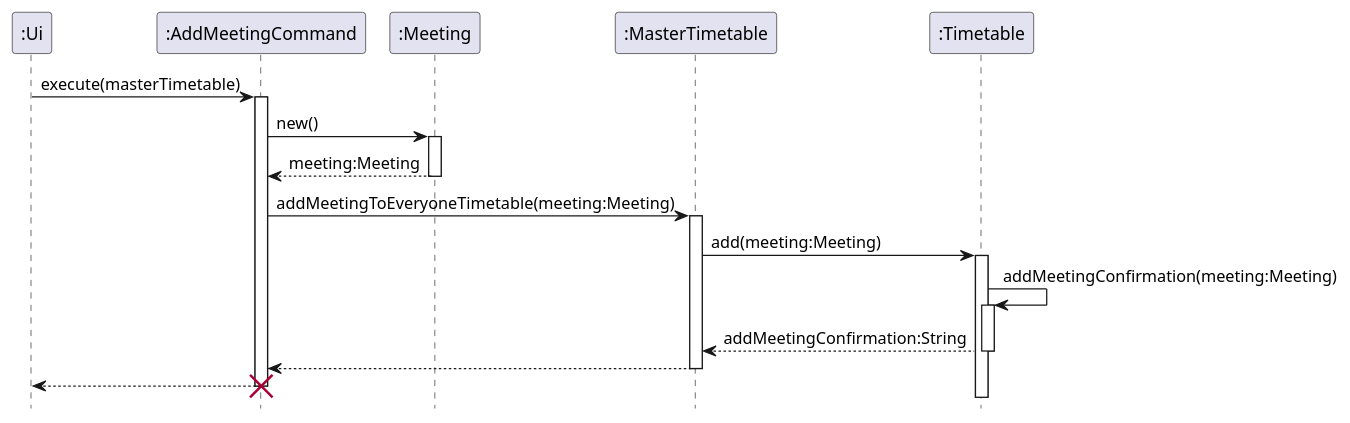
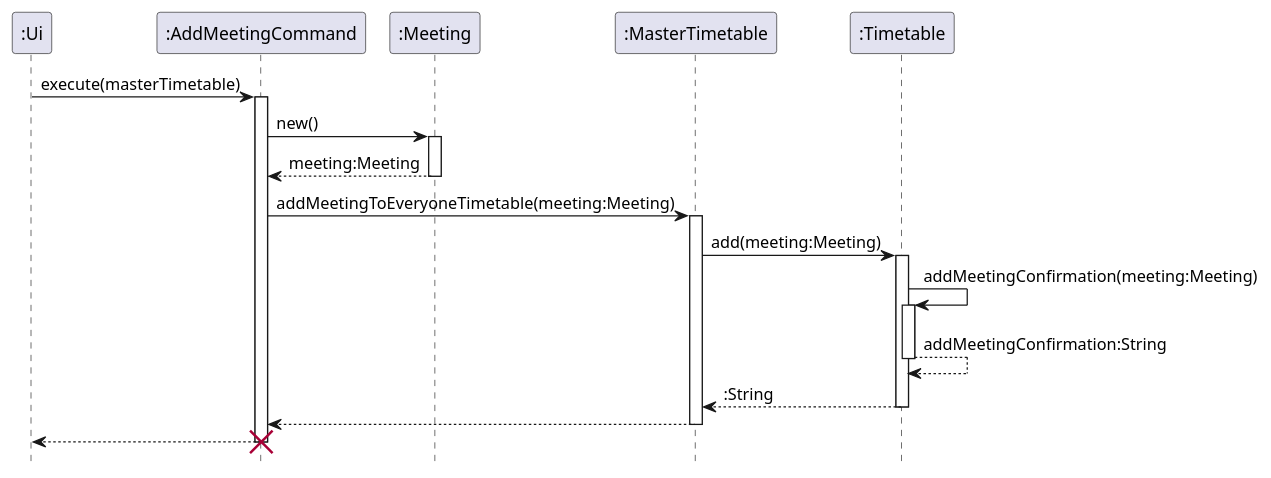
One commit to nus-cs2113-AY2122S2/tp changed the diagram in docs/diagrams/AddMeetingCommandSequence.puml. Above: the diagram before and after it, drawn with PlantUML. The commit also changed 5 other files, not shown here.

Commit message:
Edit sequence diagrams

```diff
--- a/docs/diagrams/AddMeetingCommandSequence.puml
+++ b/docs/diagrams/AddMeetingCommandSequence.puml
@@ -1,18 +1,19 @@
 @startuml
 hide footbox
 
 ":Ui" -> ":AddMeetingCommand" ++: execute(masterTimetable)
 ":AddMeetingCommand" -> ":Meeting" ++ : new()
 ":Meeting" --> ":AddMeetingCommand" --: meeting:Meeting
 
 ":AddMeetingCommand" -> ":MasterTimetable" ++: addMeetingToEveryoneTimetable(meeting:Meeting)
 ":MasterTimetable" -> ":Timetable" ++ : add(meeting:Meeting)
 ":Timetable" -> ":Timetable"++: addMeetingConfirmation(meeting:Meeting)
-":Timetable" --> ":MasterTimetable" --: addMeetingConfirmation:String
+":Timetable" --> ":Timetable"--: addMeetingConfirmation:String
+":Timetable" --> ":MasterTimetable" --: :String
 ":MasterTimetable" --> ":AddMeetingCommand" -- :
 ":AddMeetingCommand" --> ":Ui" --:
 
 destroy ":AddMeetingCommand"
 
 
 @enduml
```
